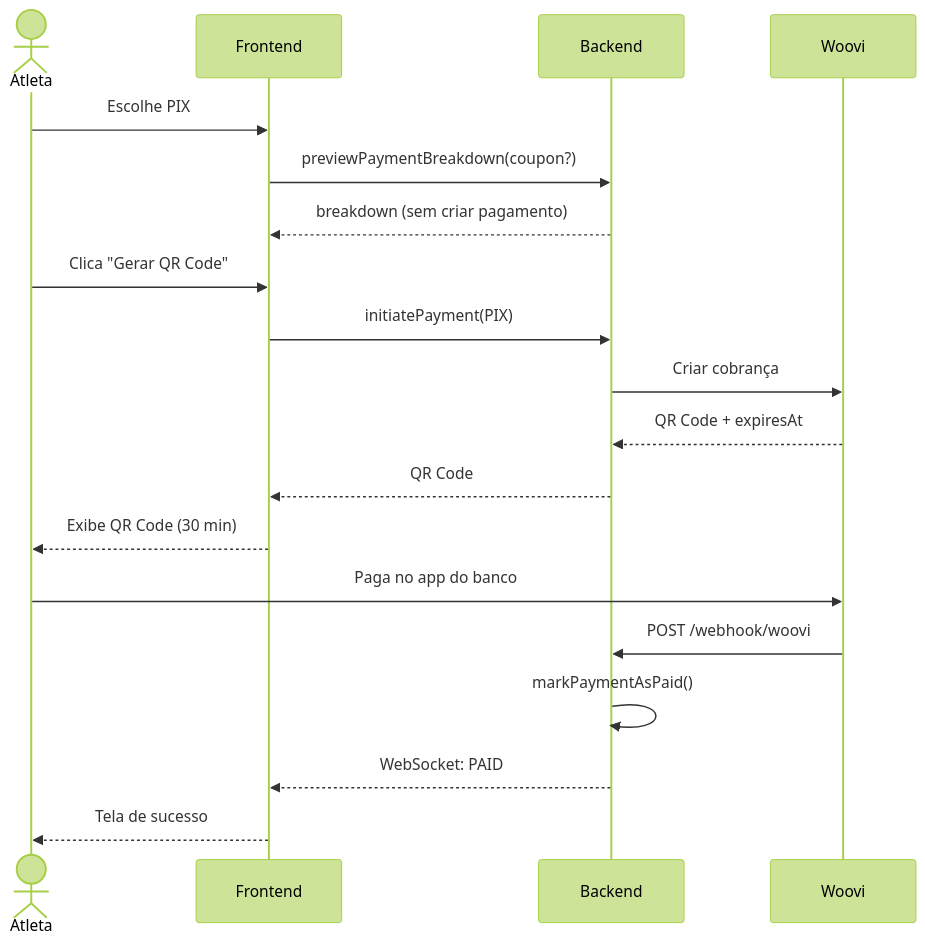
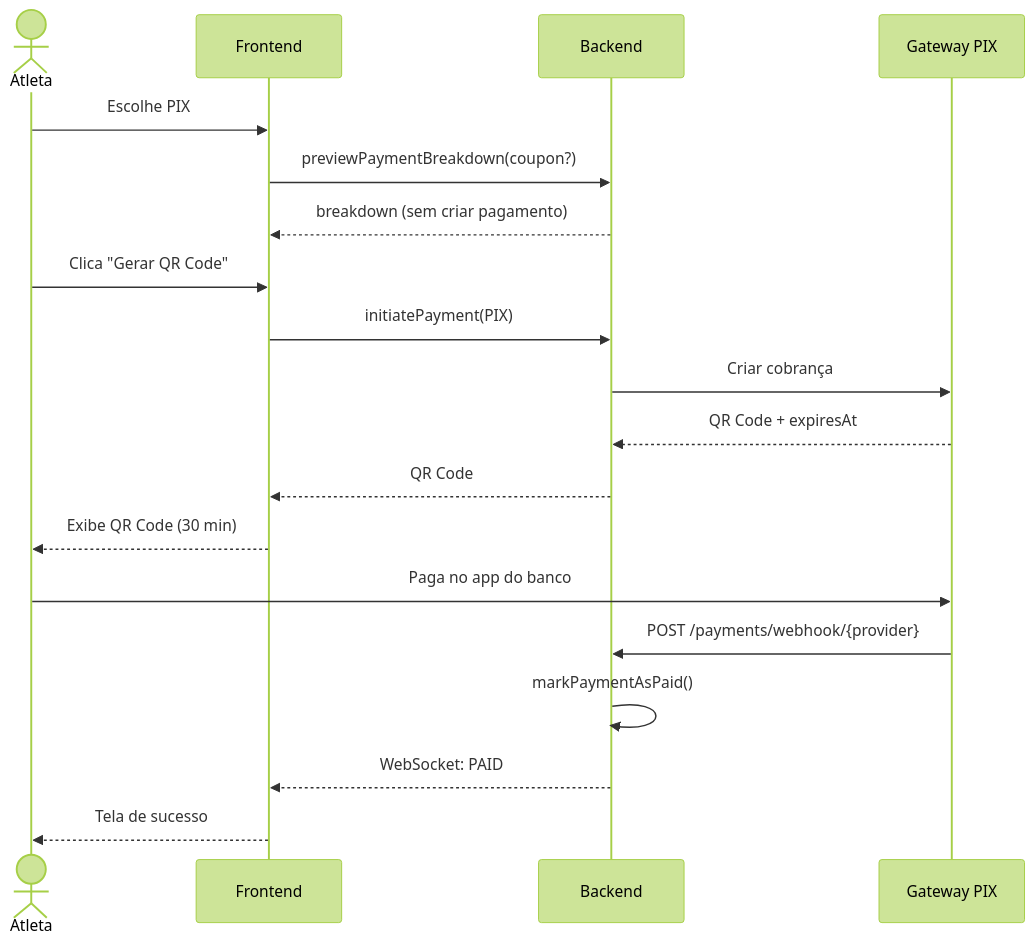
Before and after one commit to israelvcb/passogiro-mintlify-docs: the second of 6 diagrams in sistema/fluxo-pagamento.mdx, drawn with Mermaid (forest theme). The commit also changed other lines of this file and 7 other files, not shown here.

````diff
--- a/sistema/fluxo-pagamento.mdx
+++ b/sistema/fluxo-pagamento.mdx
@@ -70,22 +70,22 @@
     ```mermaid
     sequenceDiagram
       actor Atleta
       participant FE as Frontend
       participant BE as Backend
-      participant Woovi
+      participant GW as Gateway PIX
 
       Atleta->>FE: Escolhe PIX
       FE->>BE: previewPaymentBreakdown(coupon?)
       BE-->>FE: breakdown (sem criar pagamento)
       Atleta->>FE: Clica "Gerar QR Code"
       FE->>BE: initiatePayment(PIX)
-      BE->>Woovi: Criar cobrança
-      Woovi-->>BE: QR Code + expiresAt
+      BE->>GW: Criar cobrança
+      GW-->>BE: QR Code + expiresAt
       BE-->>FE: QR Code
       FE-->>Atleta: Exibe QR Code (30 min)
-      Atleta->>Woovi: Paga no app do banco
-      Woovi->>BE: POST /webhook/woovi
+      Atleta->>GW: Paga no app do banco
+      GW->>BE: POST /payments/webhook/{provider}
       BE->>BE: markPaymentAsPaid()
       BE-->>FE: WebSocket: PAID
       FE-->>Atleta: Tela de sucesso
     ```
````
